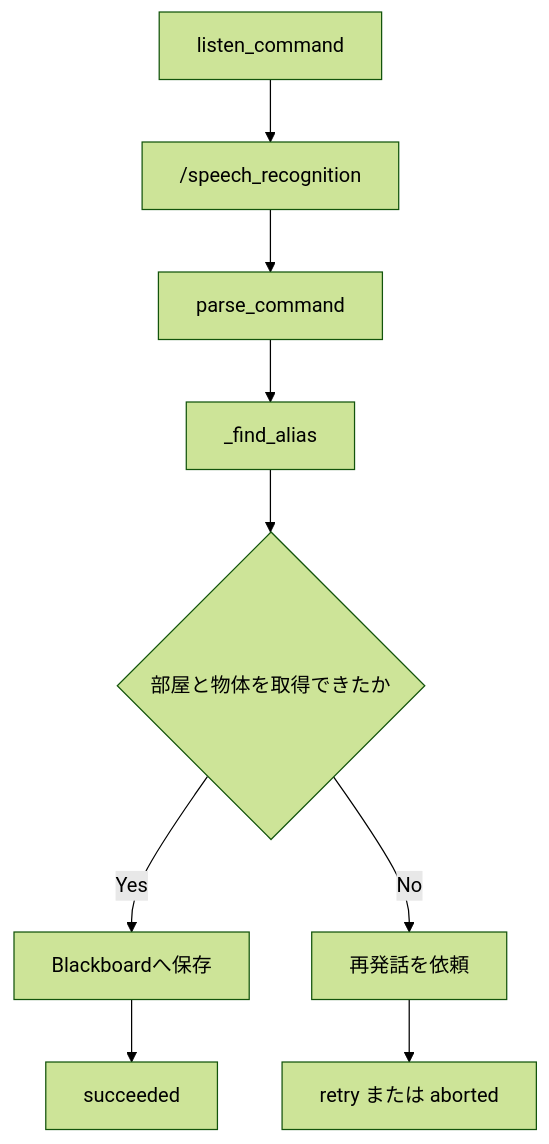
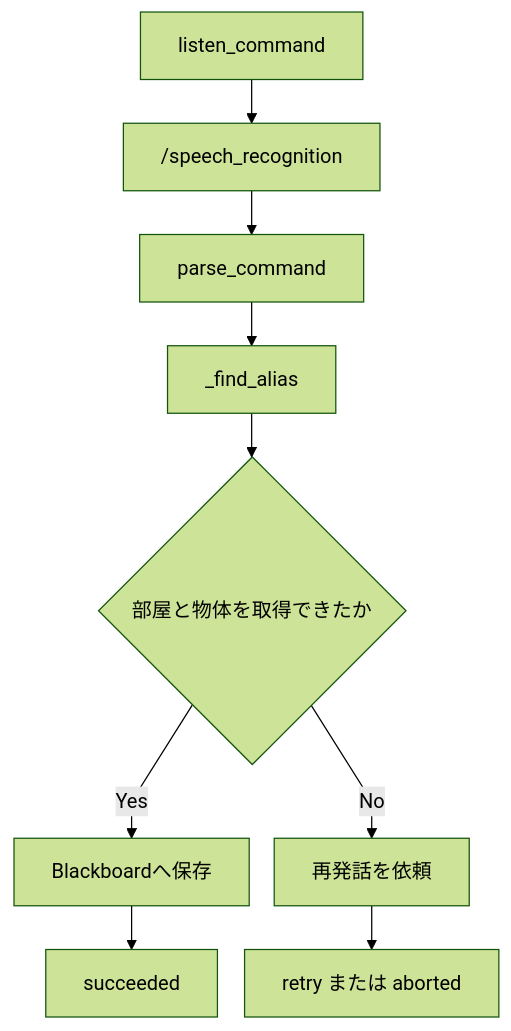
One commit to ichiharu466-alt/sobits_open_ws changed the third of 8 diagrams in src/sobits_open_mine/README.md. Above: the diagram before and after it, drawn with Mermaid (forest theme). The commit also changed other lines of this file, not shown here.

````diff
--- a/src/sobits_open_mine/README.md
+++ b/src/sobits_open_mine/README.md
@@ -124,11 +126,12 @@
 ```mermaid
-flowchart TD
+%%{init: {"flowchart": {"curve": "linear", "nodeSpacing": 20, "rankSpacing": 35}}}%%
+flowchart TB
     A[listen_command] --> B["/speech_recognition"]
     B --> C[parse_command]
     C --> D[_find_alias]
     D --> E{部屋と物体を取得できたか}
     E -->|Yes| F[Blackboardへ保存]
     F --> G[succeeded]
     E -->|No| H[再発話を依頼]
     H --> I[retry または aborted]
 ```
````
